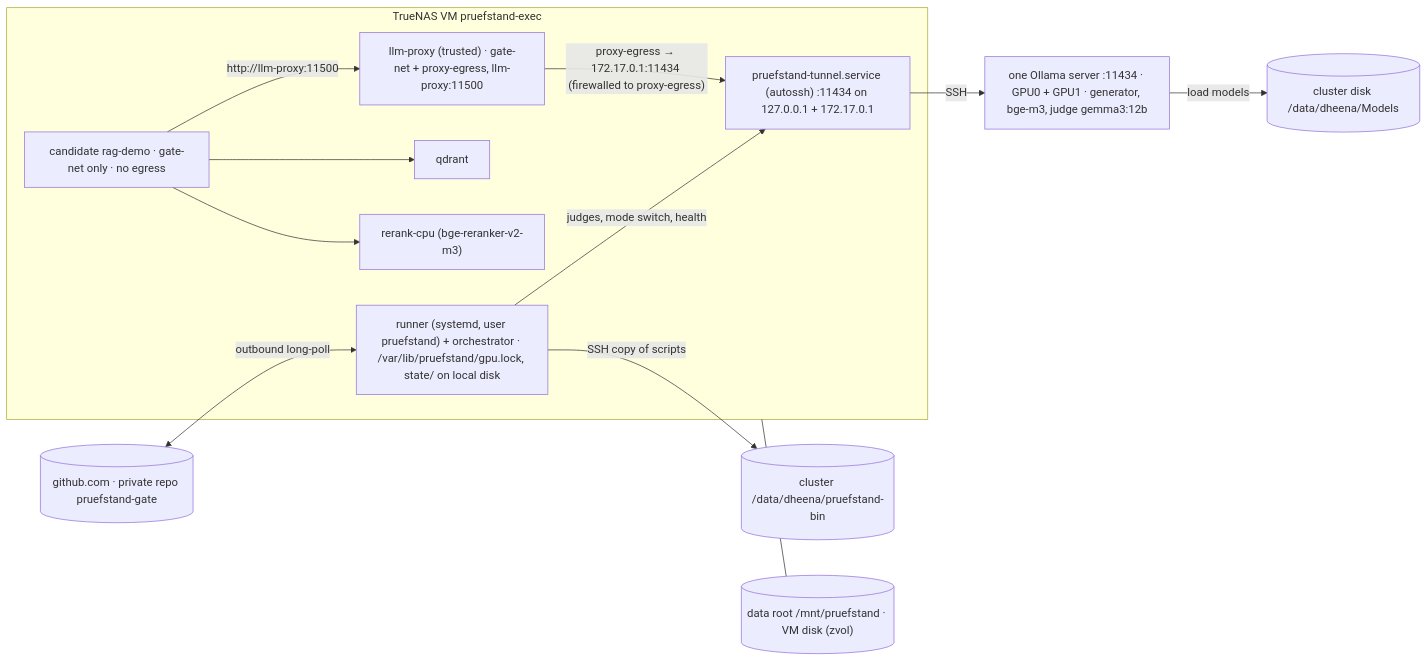
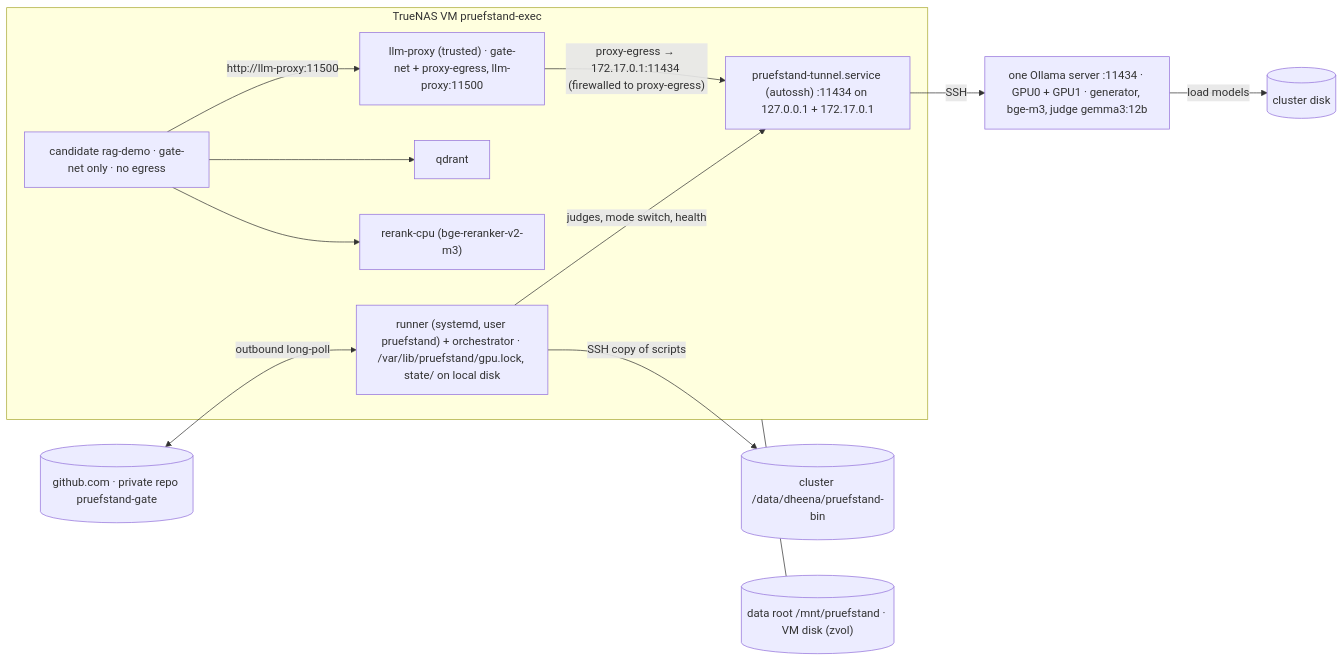
The diagram in docs/engineering/gpu-cluster.md (dheena18/pruefstand), drawn with Mermaid before and after one commit. The commit also changed other lines of this file and 2 other files, not shown here.

First line of the commit message:
docs(cluster): T0.6 verdict go, redacted probe evidence, gpu-cluster section 0.2 filled (D388)

````diff
--- a/docs/engineering/gpu-cluster.md
+++ b/docs/engineering/gpu-cluster.md
@@ -87,20 +87,20 @@
 ```mermaid
 flowchart LR
   GH[("github.com · private repo pruefstand-gate")] <-->|"outbound long-poll"| RUN
   subgraph VM["TrueNAS VM pruefstand-exec"]
     RUN["runner (systemd, user pruefstand) + orchestrator · /var/lib/pruefstand/gpu.lock, state/ on local disk"]
     PROXY["llm-proxy (trusted) · gate-net + proxy-egress, llm-proxy:11500"]
     CAND["candidate rag-demo · gate-net only · no egress"]
     Q["qdrant"] & RR["rerank-cpu (bge-reranker-v2-m3)"]
     TUN["pruefstand-tunnel.service (autossh) :11434 on 127.0.0.1 + 172.17.0.1"]
   end
   CAND -->|"http://llm-proxy:11500"| PROXY
   CAND --> Q & RR
   PROXY -->|"proxy-egress → 172.17.0.1:11434 (firewalled to proxy-egress)"| TUN
   RUN -->|"judges, mode switch, health"| TUN
   TUN -->|"SSH"| OL["one Ollama server :11434 · GPU0 + GPU1 · generator, bge-m3, judge gemma3:12b"]
   DR[("data root /mnt/pruefstand · VM disk (zvol)")]
   VM --- DR
-  OL -->|"load models"| MD[("cluster disk /data/dheena/Models")]
+  OL -->|"load models"| MD[("cluster disk <models-dir>")]
   RUN -->|"SSH copy of scripts"| BIN[("cluster /data/dheena/pruefstand-bin")]
 ```
````
